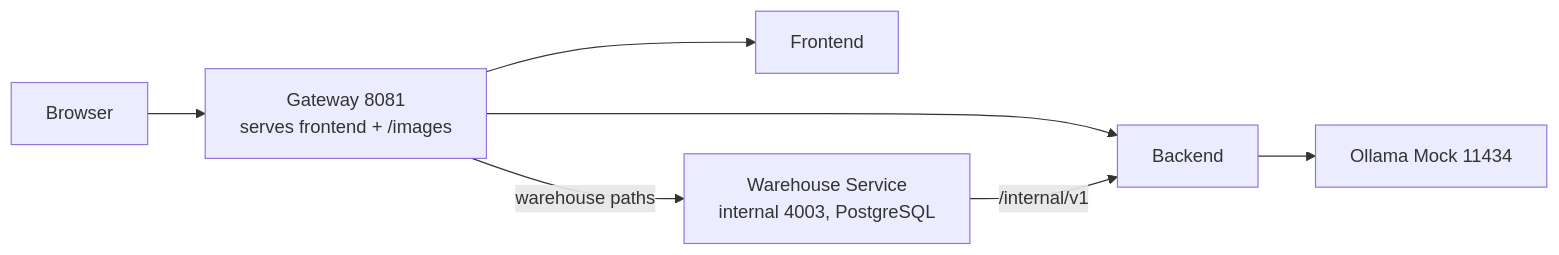
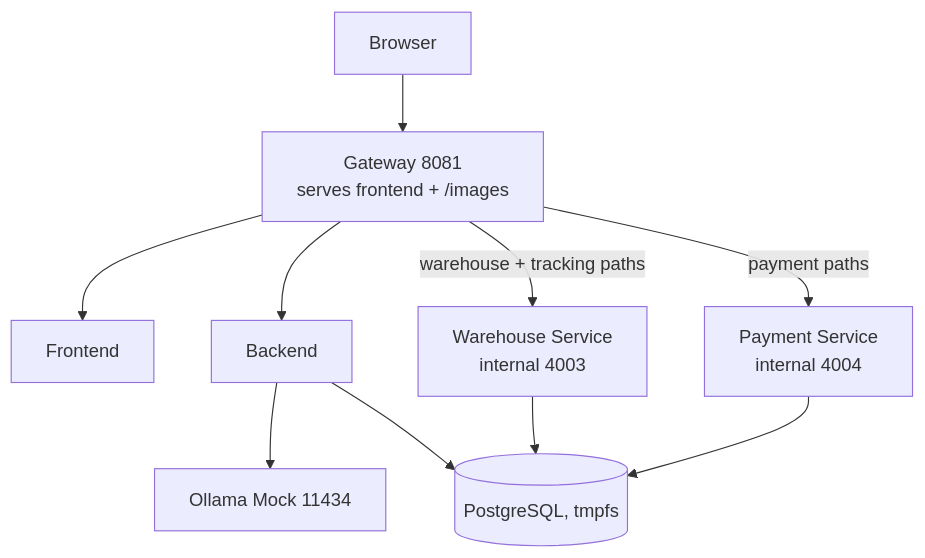
The first of 5 diagrams in docs/PROFILE_URLS.md (slawekradzyminski/awesome-localstack), drawn with Mermaid before and after one commit. The commit also changed other lines of this file and 89 other files, not shown here.

First line of the commit message:
Commerce wave 3: payment-service, tracking, backend 3.15.0, frontend 3.12.0, docs wiki (#81)

````diff
--- a/docs/PROFILE_URLS.md
+++ b/docs/PROFILE_URLS.md
@@ -42,9 +47,12 @@
 ```mermaid
-flowchart LR
+flowchart TB
     U[Browser] --> G[Gateway 8081<br/>serves frontend + /images]
     G --> F[Frontend]
     G --> B[Backend]
-    G -->|warehouse paths| W[Warehouse Service<br/>internal 4003, PostgreSQL]
-    W -->|/internal/v1| B
+    G -->|warehouse + tracking paths| W[Warehouse Service<br/>internal 4003]
+    G -->|payment paths| PS[Payment Service<br/>internal 4004]
     B --> O[Ollama Mock 11434]
+    B --> DB[(PostgreSQL, tmpfs)]
+    W --> DB
+    PS --> DB
 ```
````
